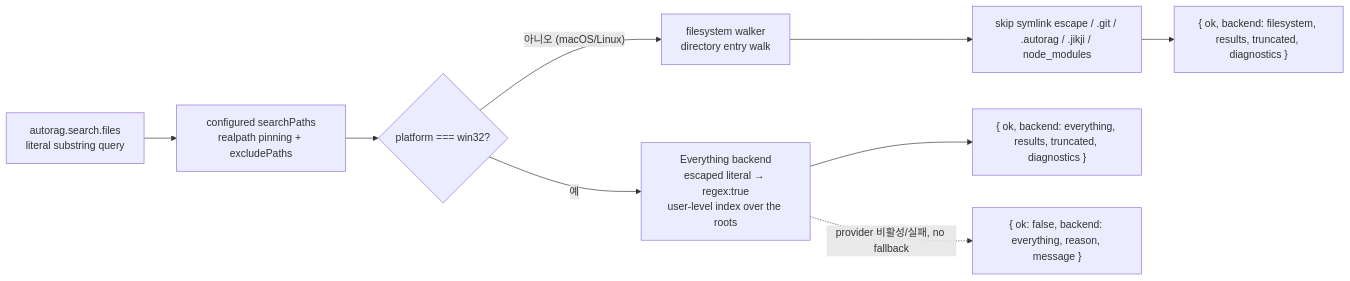
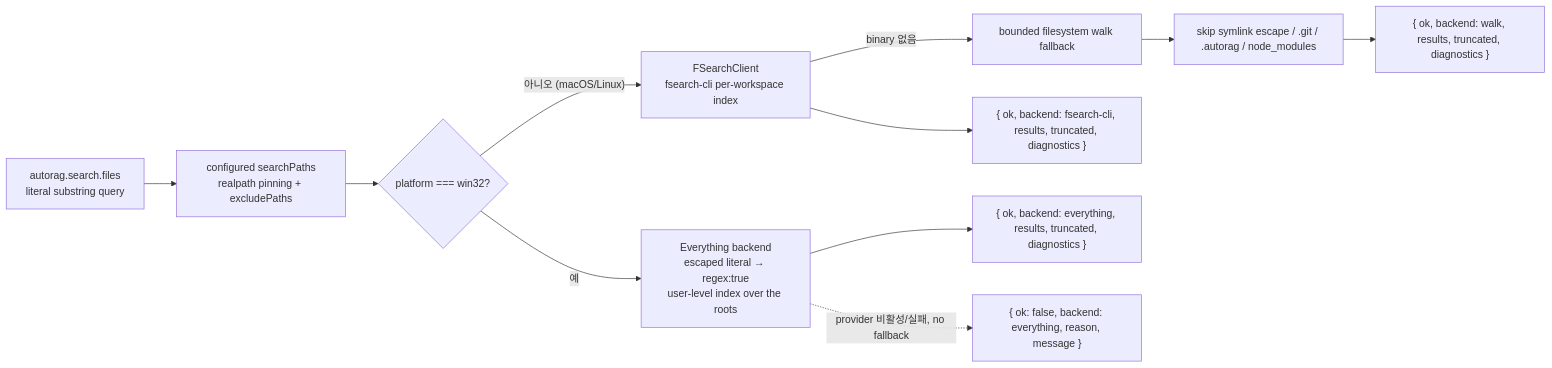
The sixth of 7 diagrams in docs/autorag-lite-mcp-contract.md (Marker-Inc-Korea/AutoRAG), drawn with Mermaid before and after one commit. The commit also changed other lines of this file and 10 other files, not shown here.

````diff
--- a/docs/autorag-lite-mcp-contract.md
+++ b/docs/autorag-lite-mcp-contract.md
@@ -286,11 +286,13 @@
 ```mermaid
 flowchart LR
     Q["autorag.search.files\nliteral substring query"] --> ROOT["configured searchPaths\nrealpath pinning + excludePaths"]
     ROOT --> OS{"platform === win32?"}
-    OS -->|"아니오 (macOS/Linux)"| WALK["filesystem walker\ndirectory entry walk"]
-    WALK --> SKIP["skip symlink escape / .git / .autorag / .jikji / node_modules"]
+    OS -->|"아니오 (macOS/Linux)"| FS["FSearchClient\nfsearch-cli per-workspace index"]
+    FS -->|"binary 없음"| WALK["bounded filesystem walk fallback"]
+    WALK --> SKIP["skip symlink escape / .git / .autorag / node_modules"]
     OS -->|"예"| EV["Everything backend\nescaped literal → regex:true\nuser-level index over the roots"]
-    SKIP --> OUT["{ ok, backend: filesystem, results, truncated, diagnostics }"]
-    EV --> OUT2["{ ok, backend: everything, results, truncated, diagnostics }"]
+    SKIP --> OUT["{ ok, backend: walk, results, truncated, diagnostics }"]
+    FS --> OUT2["{ ok, backend: fsearch-cli, results, truncated, diagnostics }"]
+    EV --> OUT3["{ ok, backend: everything, results, truncated, diagnostics }"]
     EV -.->|"provider 비활성/실패, no fallback"| FAIL["{ ok: false, backend: everything, reason, message }"]
 ```
````
